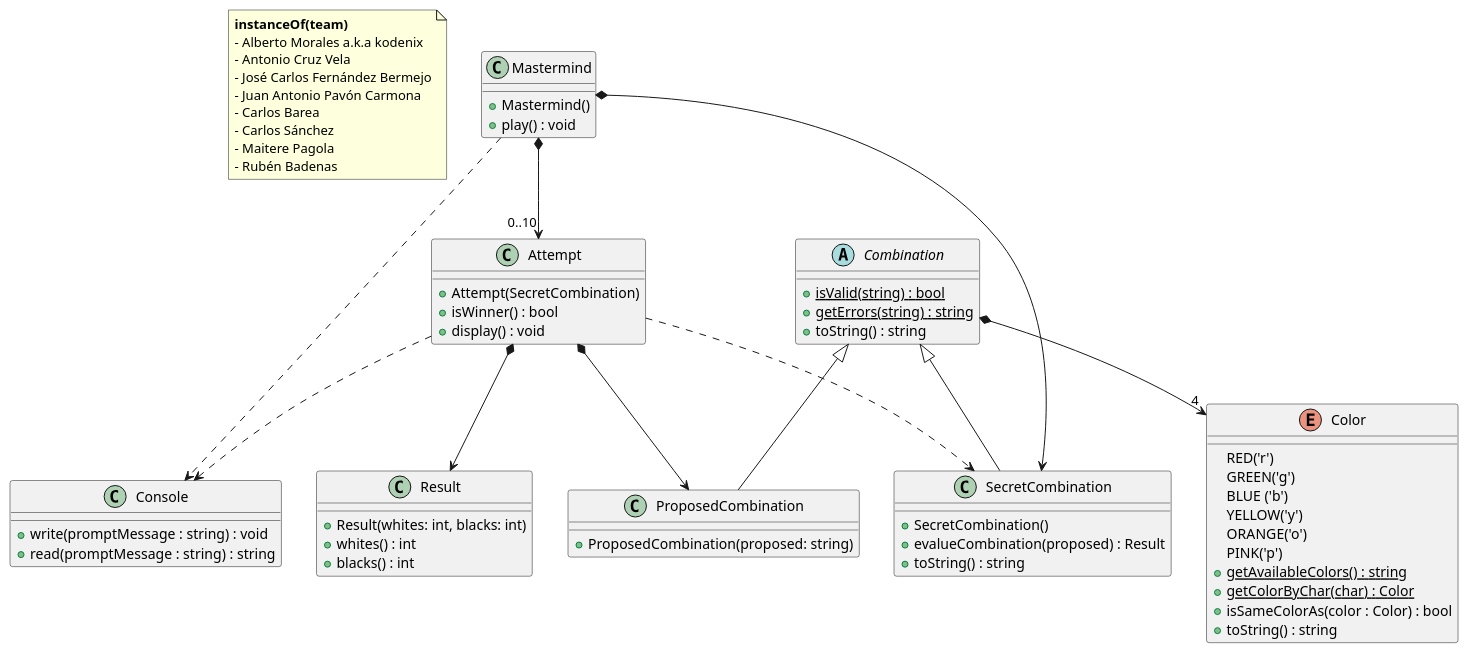
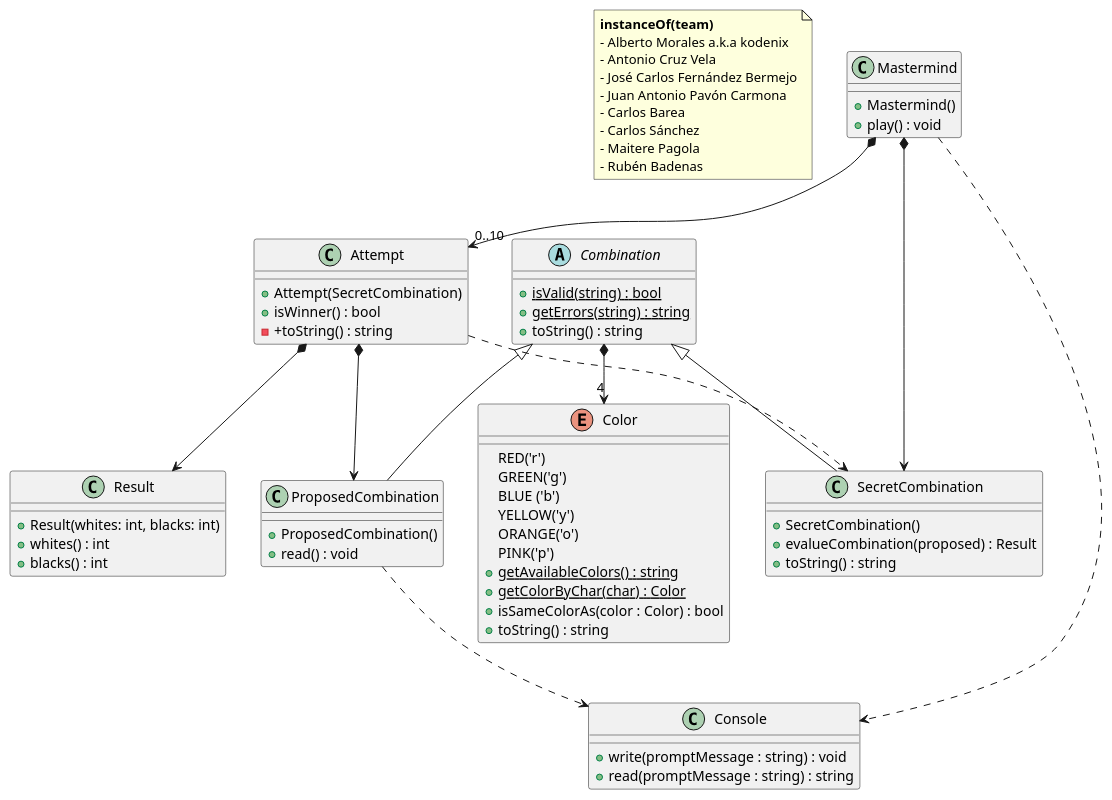
Before and after one commit to Master-Desarrollo-20-21/ejercicio-1-relaciones-entre-clases-rbadenas: the diagram in mastermind.wsd, drawn with PlantUML.

Commit message:
deleted dependency  ProposedCombination - Console

```diff
--- a/mastermind.wsd
+++ b/mastermind.wsd
@@ -1,84 +1,88 @@
 @startuml Mastermind
 
 note as N1
   <b>instanceOf(team)</b>
   - Alberto Morales a.k.a kodenix
   - Antonio Cruz Vela
   - José Carlos Fernández Bermejo
   - Juan Antonio Pavón Carmona
   - Carlos Barea
   - Carlos Sánchez
   - Maitere Pagola
   - Rubén Badenas
 end note
 
 
 class Mastermind {
     +Mastermind()
     +play() : void
 }
 
 class Attempt{
     +Attempt(SecretCombination)
     +isWinner() : bool
-    +display() : void
+-   +toString() : string
 }
 
 
 class Result{
     +Result(whites: int, blacks: int)
     +whites() : int
     +blacks() : int
 }
 
 enum Color{
     RED('r')
     GREEN('g')
     BLUE ('b')
     YELLOW('y')
     ORANGE('o')
     PINK('p')
     +{static} getAvailableColors() : string
     +{static} getColorByChar(char) : Color
     +isSameColorAs(color : Color) : bool
     +toString() : string
 }
 
 abstract class Combination{
     +{static} isValid(string) : bool
     +{static} getErrors(string) : string
     +toString() : string
 }
 
 class SecretCombination{
     +SecretCombination()
     +evalueCombination(proposed) : Result
     +toString() : string
 }
 
 class ProposedCombination{
-    +ProposedCombination(proposed: string)
+    +ProposedCombination()
+    +read() : void
 }
 
 class Console{
     +write(promptMessage : string) : void
     +read(promptMessage : string) : string
 }
 
 
 
+
+Mastermind *--> "0..10" Attempt
 Mastermind *--> SecretCombination
-Mastermind *--> "0..10" Attempt
 
 Combination ^-- SecretCombination
 Combination ^-- ProposedCombination
 Combination *--> "4" Color
 
+Attempt ..> SecretCombination
+Attempt *--> Result
 Attempt *--> ProposedCombination
-Attempt *--> Result
-Attempt ..> SecretCombination
 
+ProposedCombination ..> Console
 Mastermind ..> Console
-Attempt ..> Console
+'Attempt ..> Console
+
 
 @enduml
```
